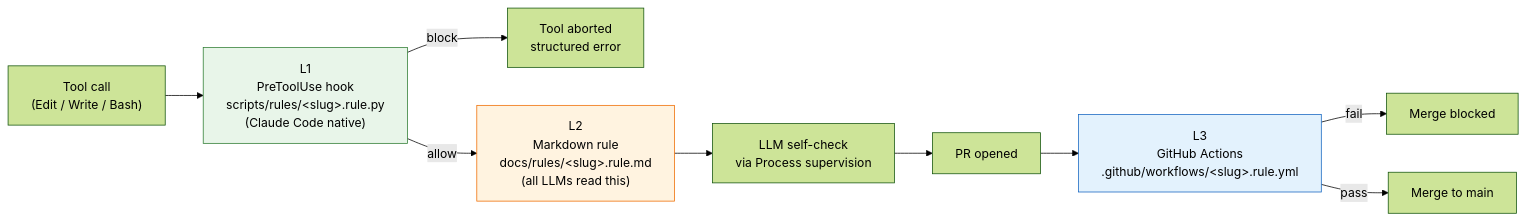
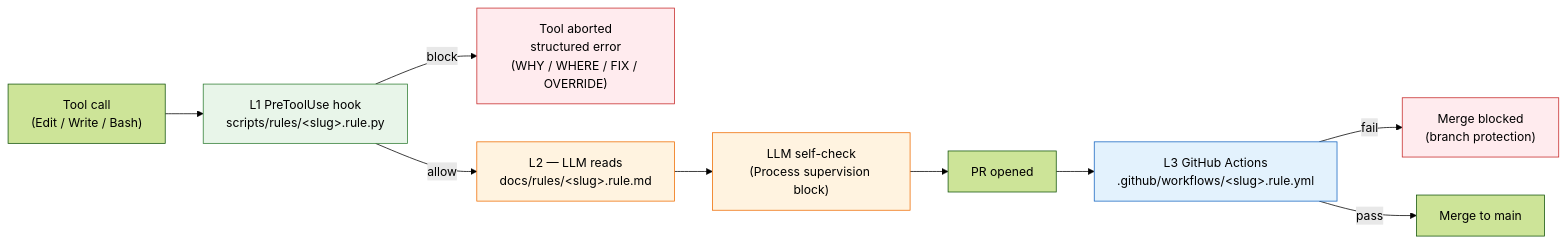
Before and after one commit to Wizarck/ai-playbook: the second of 4 diagrams in README.md, drawn with Mermaid (forest theme). The commit also changed other lines of this file and 3 other files, not shown here.

````diff
--- a/README.md
+++ b/README.md
@@ -14,14 +54,19 @@
 ```mermaid
 flowchart LR
-    A["Tool call<br/>(Edit / Write / Bash)"] --> L1["L1<br/>PreToolUse hook<br/>scripts/rules/&lt;slug&gt;.rule.py<br/>(Claude Code native)"]
-    L1 -- block --> ABORT["Tool aborted<br/>structured error"]
-    L1 -- allow --> L2["L2<br/>Markdown rule<br/>docs/rules/&lt;slug&gt;.rule.md<br/>(all LLMs read this)"]
-    L2 --> SELF["LLM self-check<br/>via Process supervision"]
+    A["Tool call<br/>(Edit / Write / Bash)"] --> L1["L1 PreToolUse hook<br/>scripts/rules/&lt;slug&gt;.rule.py"]
+    L1 -- block --> ABORT["Tool aborted<br/>structured error<br/>(WHY / WHERE / FIX / OVERRIDE)"]
+    L1 -- allow --> L2["L2 — LLM reads<br/>docs/rules/&lt;slug&gt;.rule.md"]
+    L2 --> SELF["LLM self-check<br/>(Process supervision block)"]
     SELF --> PR["PR opened"]
-    PR --> L3["L3<br/>GitHub Actions<br/>.github/workflows/&lt;slug&gt;.rule.yml"]
-    L3 -- fail --> BLOCKMERGE["Merge blocked"]
+    PR --> L3["L3 GitHub Actions<br/>.github/workflows/&lt;slug&gt;.rule.yml"]
+    L3 -- fail --> BLOCK["Merge blocked<br/>(branch protection)"]
     L3 -- pass --> MERGE["Merge to main"]
-    style L1 fill:#e8f5e9,stroke:#2e7d32
-    style L2 fill:#fff3e0,stroke:#ef6c00
-    style L3 fill:#e3f2fd,stroke:#1565c0
+    classDef l1 fill:#e8f5e9,stroke:#2e7d32
+    classDef l2 fill:#fff3e0,stroke:#ef6c00
+    classDef l3 fill:#e3f2fd,stroke:#1565c0
+    classDef fail fill:#ffebee,stroke:#c62828
+    class L1 l1
+    class L2,SELF l2
+    class L3 l3
+    class ABORT,BLOCK fail
 ```
````
